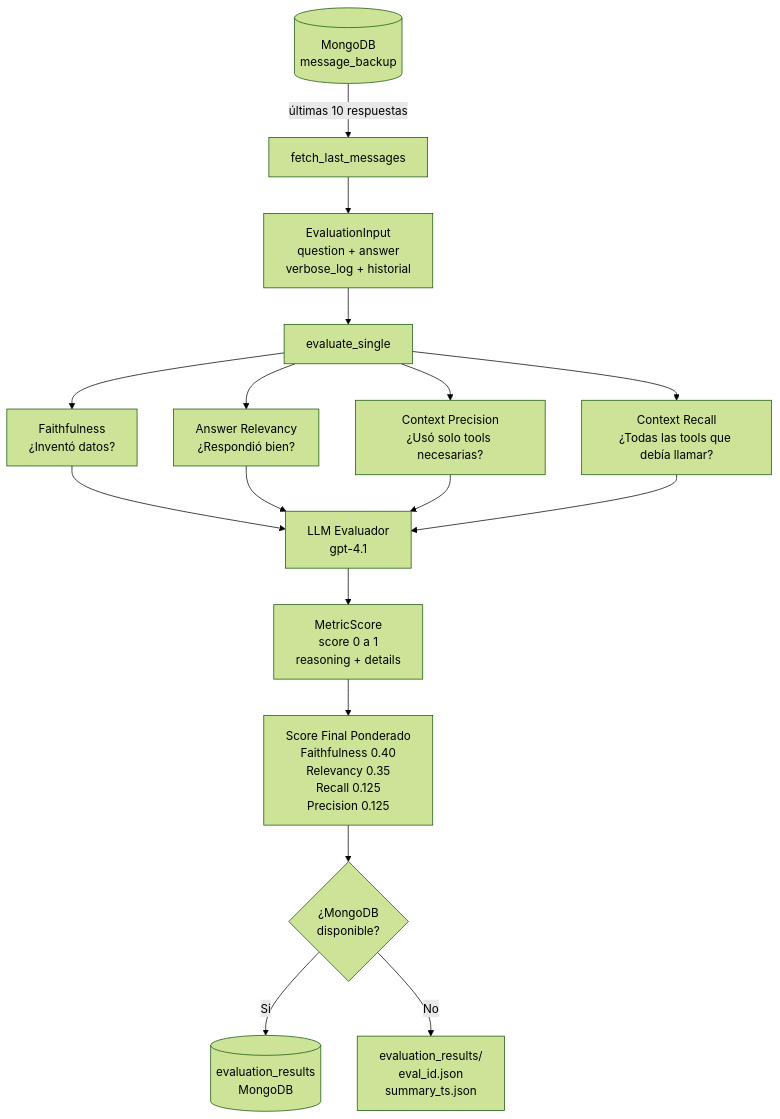
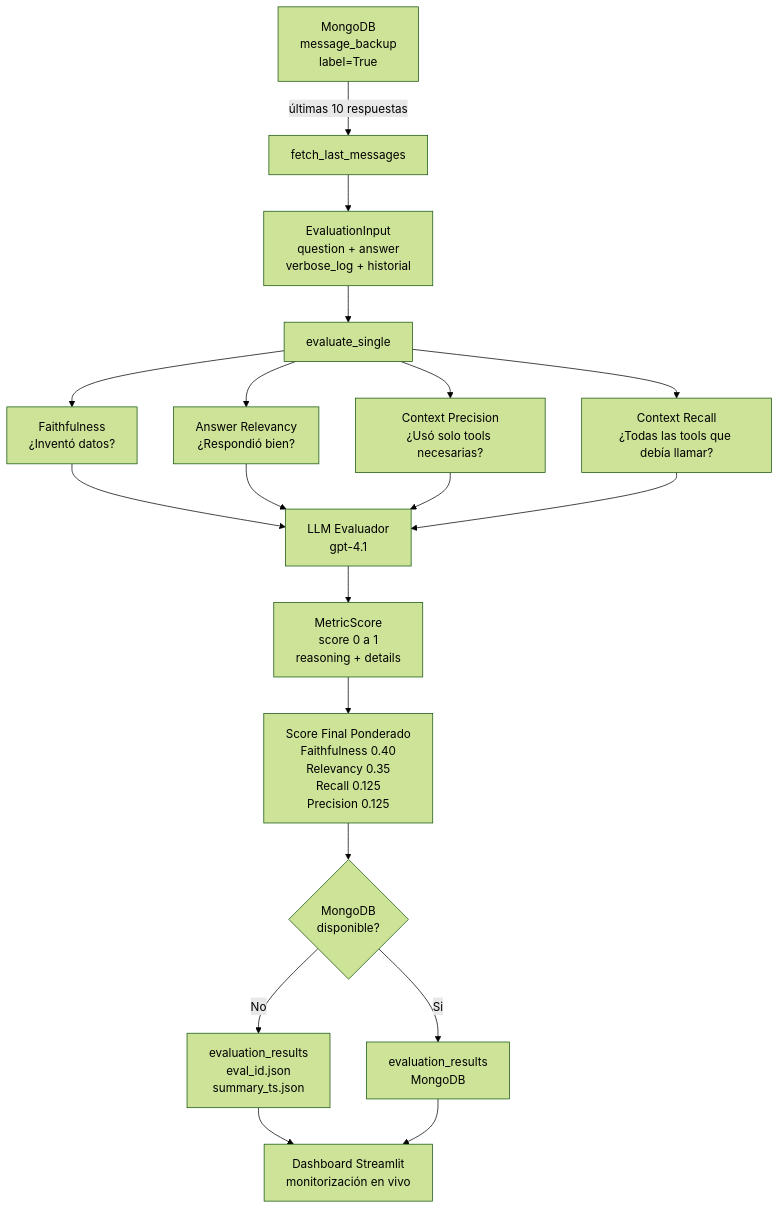
One commit to anmerino-pnd/projects-hub changed the first of 3 diagrams in 2_ct_chatbot/6_documentacion.qmd. Above: the diagram before and after it, drawn with Mermaid (forest theme). The commit also changed other lines of this file and 7 other files, not shown here.

First line of the commit message:
Add evaluation system documentation and dashboard screenshots

````diff
--- a/2_ct_chatbot/6_documentacion.qmd
+++ b/2_ct_chatbot/6_documentacion.qmd
@@ -1691,26 +1691,33 @@
 ```{mermaid}
 flowchart TD
-    A[(MongoDB<br/>message_backup)] -->|últimas 10 respuestas| B[fetch_last_messages]
-    B --> C[EvaluationInput<br/>question + answer<br/>verbose_log + historial]
 
-    C --> D[evaluate_single]
+    A["MongoDB<br>message_backup<br>label=True"]-->|"últimas 10 respuestas"|B["fetch_last_messages"]
 
-    D --> E1[Faithfulness<br/>¿Inventó datos?]
-    D --> E2[Answer Relevancy<br/>¿Respondió bien?]
-    D --> E3[Context Precision<br/>¿Usó solo tools necesarias?]
-    D --> E4[Context Recall<br/>¿Todas las tools que debía llamar?]
+    B --> C["EvaluationInput<br>question + answer<br>verbose_log + historial"]
 
-    E1 --> F[LLM Evaluador<br/>gpt-4.1]
+    C --> D["evaluate_single"]
+
+    D --> E1["Faithfulness<br>¿Inventó datos?"]
+    D --> E2["Answer Relevancy<br>¿Respondió bien?"]
+    D --> E3["Context Precision<br>¿Usó solo tools necesarias?"]
+    D --> E4["Context Recall<br>¿Todas las tools que debía llamar?"]
+
+    E1 --> F["LLM Evaluador<br>gpt-4.1"]
     E2 --> F
     E3 --> F
     E4 --> F
 
-    F --> G[MetricScore<br/>score 0 a 1<br/>reasoning + details]
+    F --> G["MetricScore<br>score 0 a 1<br>reasoning + details"]
 
-    G --> H[Score Final Ponderado<br/>Faithfulness 0.40<br/>Relevancy 0.35<br/>Recall 0.125<br/>Precision 0.125]
+    G --> H["Score Final Ponderado<br>Faithfulness 0.40<br>Relevancy 0.35<br>Recall 0.125<br>Precision 0.125"]
 
-    H --> I{¿MongoDB<br/>disponible?}
+    H --> I{"MongoDB<br>disponible?"}
 
-    I -->|Si| J[(evaluation_results<br/>MongoDB)]
-    I -->|No| K[evaluation_results/<br/>eval_id.json<br/>summary_ts.json]
+    I -->|Si| J["evaluation_results<br>MongoDB"]
+
+    I -->|No| K["evaluation_results<br>eval_id.json<br>summary_ts.json"]
+
+    K --> L["Dashboard Streamlit<br>monitorización en vivo"]
+
+    J --> L
 ```
````
